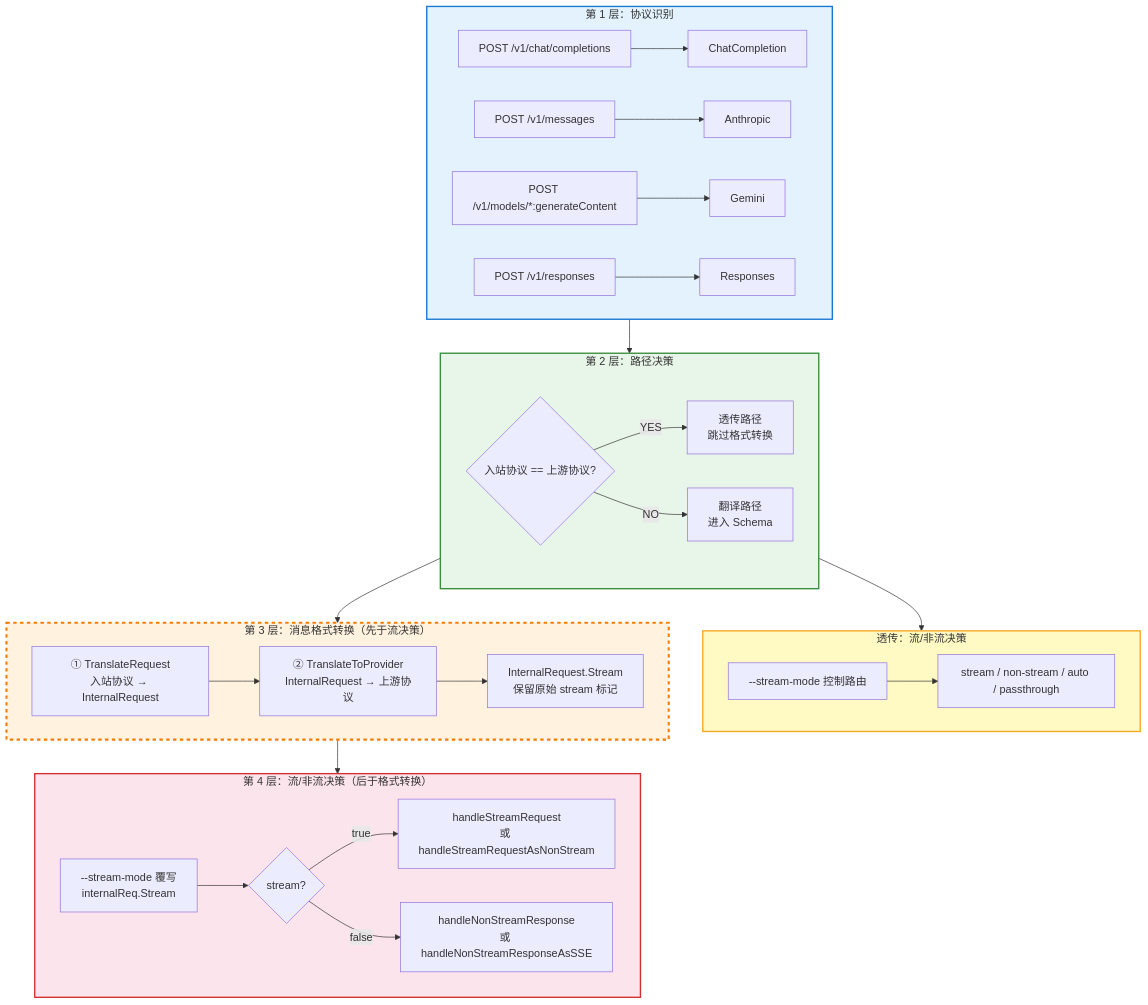
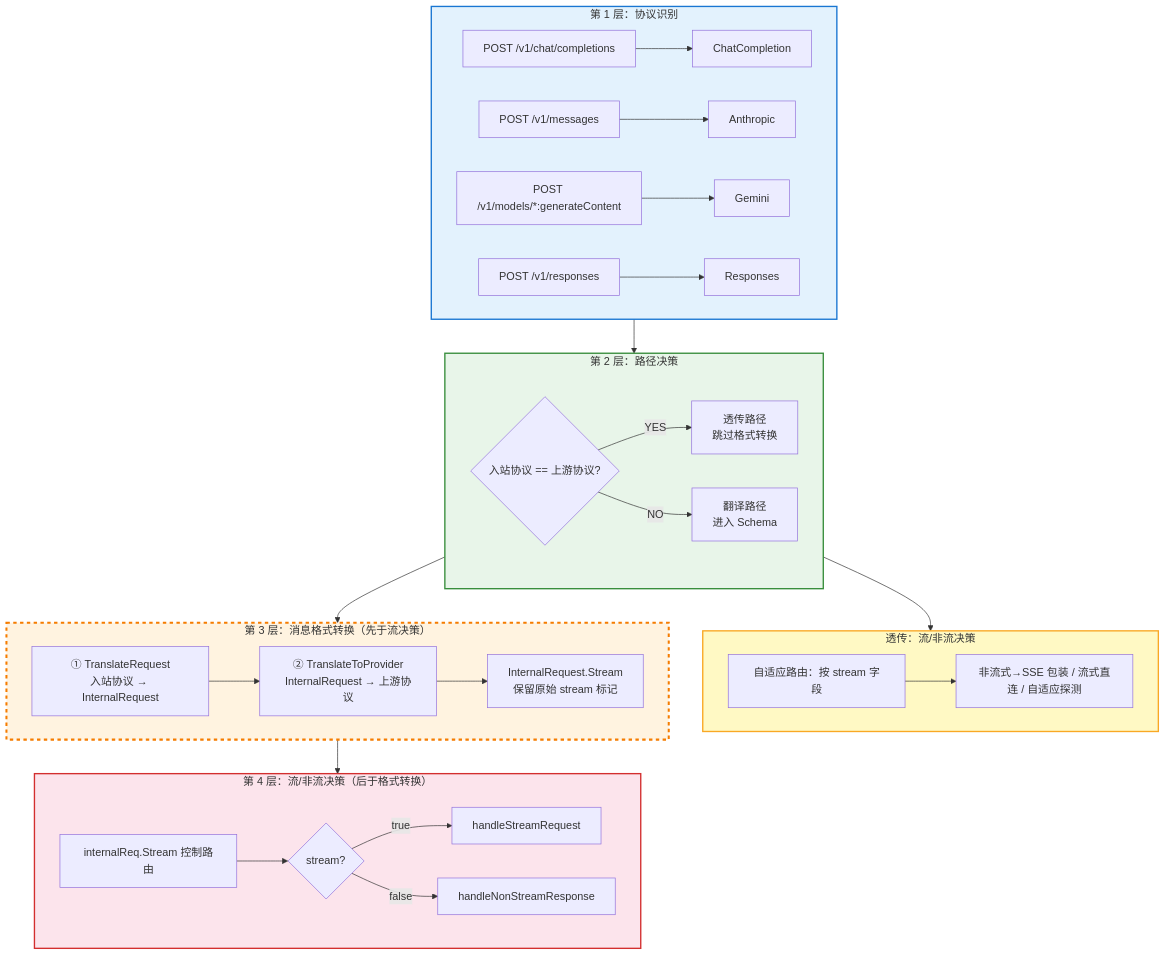
Before and after one commit to yejinlei/agent-proxy: the third of 3 diagrams in AGENTS.md, drawn with Mermaid. The commit also changed other lines of this file and 7 other files, not shown here.

First line of the commit message:
v0.2.58: 移除--stream-mode + 提取心跳工厂 + 添加-vv路由日志

````diff
--- a/AGENTS.md
+++ b/AGENTS.md
@@ -46,50 +46,50 @@
 ```mermaid
 flowchart TD
     subgraph L1["第 1 层：协议识别"]
         direction LR
         A1["POST /v1/chat/completions"] --> A2["ChatCompletion"]
         A3["POST /v1/messages"] --> A4["Anthropic"]
         A5["POST /v1/models/*:generateContent"] --> A6["Gemini"]
         A7["POST /v1/responses"] --> A8["Responses"]
     end
 
     L1 --> L2
 
     subgraph L2["第 2 层：路径决策"]
         direction LR
         B1{"入站协议 == 上游协议?"}
         B1 -->|YES| B2["透传路径<br/>跳过格式转换"]
         B1 -->|NO| B3["翻译路径<br/>进入 Schema"]
     end
 
     B2 --> L2B
 
     subgraph L2B["透传：流/非流决策"]
         direction LR
-        C1["--stream-mode 控制路由"] --> C2["stream / non-stream / auto / passthrough"]
+        C1["自适应路由：按 stream 字段"] --> C2["非流式→SSE 包装 / 流式直连 / 自适应探测"]
     end
 
     B3 --> L3
 
     subgraph L3["第 3 层：消息格式转换（先于流决策）"]
         direction LR
         D1["① TranslateRequest<br/>入站协议 → InternalRequest"] --> D2["② TranslateToProvider<br/>InternalRequest → 上游协议"]
         D2 --> D3["InternalRequest.Stream<br/>保留原始 stream 标记"]
     end
 
     L3 --> L4
 
     subgraph L4["第 4 层：流/非流决策（后于格式转换）"]
         direction LR
-        E1["--stream-mode 覆写<br/>internalReq.Stream"]
+        E1["internalReq.Stream 控制路由"]
         E1 --> E2{"stream?"}
-        E2 -->|true| E3["handleStreamRequest<br/>或 handleStreamRequestAsNonStream"]
-        E2 -->|false| E4["handleNonStreamResponse<br/>或 handleNonStreamResponseAsSSE"]
+        E2 -->|true| E3["handleStreamRequest"]
+        E2 -->|false| E4["handleNonStreamResponse"]
     end
 
     style L1 fill:#e3f2fd,stroke:#1976d2,stroke-width:2px
     style L2 fill:#e8f5e9,stroke:#388e3c,stroke-width:2px
     style L2B fill:#fff9c4,stroke:#f9a825,stroke-width:2px
     style L3 fill:#fff3e0,stroke:#f57c00,stroke-width:3px,stroke-dasharray:5 5
     style L4 fill:#fce4ec,stroke:#d32f2f,stroke-width:2px
 ```
````
